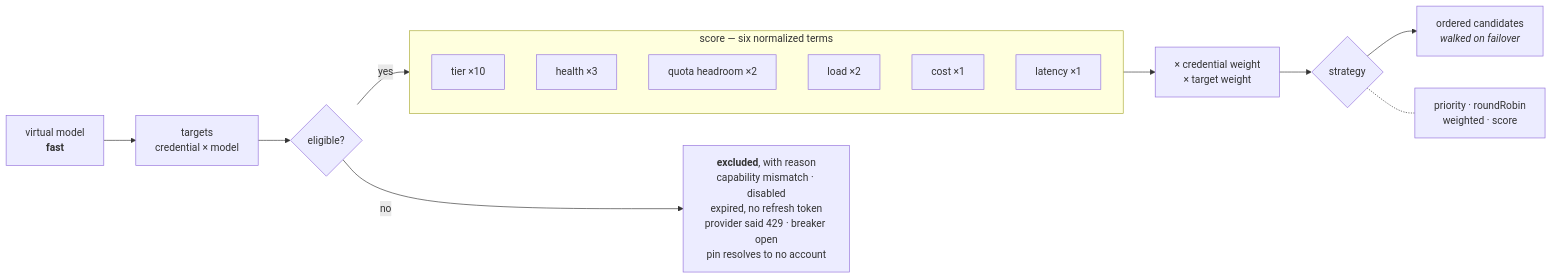
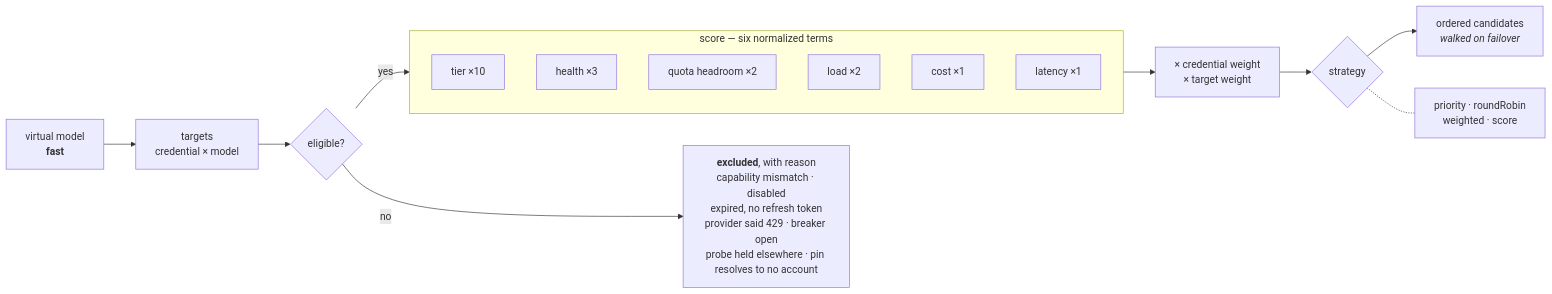
The fourth of 18 diagrams in ARCHITECTURE.md (harismawan/omnigateway), drawn with Mermaid before and after one commit. The commit also changed other lines of this file and 9 other files, not shown here.

````diff
--- a/ARCHITECTURE.md
+++ b/ARCHITECTURE.md
@@ -217,23 +217,23 @@
 ```mermaid
 flowchart LR
   vm["virtual model<br/><b>fast</b>"] --> targets["targets<br/>credential × model"]
 
   targets --> filter{eligible?}
-  filter -- no --> excl["<b>excluded</b>, with reason<br/>capability mismatch · disabled<br/>expired, no refresh token<br/>provider said 429 · breaker open<br/>pin resolves to no account"]
+  filter -- no --> excl["<b>excluded</b>, with reason<br/>capability mismatch · disabled<br/>expired, no refresh token<br/>provider said 429 · breaker open<br/>probe held elsewhere · pin resolves to no account"]
   filter -- yes --> score
 
   subgraph score["score — six normalized terms"]
     direction TB
     t["tier ×10"]
     h["health ×3"]
     q["quota headroom ×2"]
     l["load ×2"]
     c["cost ×1"]
     lat["latency ×1"]
   end
 
   score --> mult["× credential weight<br/>× target weight"]
   mult --> strat{strategy}
   strat --> out["ordered candidates<br/><i>walked on failover</i>"]
   strat -.- opts["priority · roundRobin<br/>weighted · score"]
 ```
````
